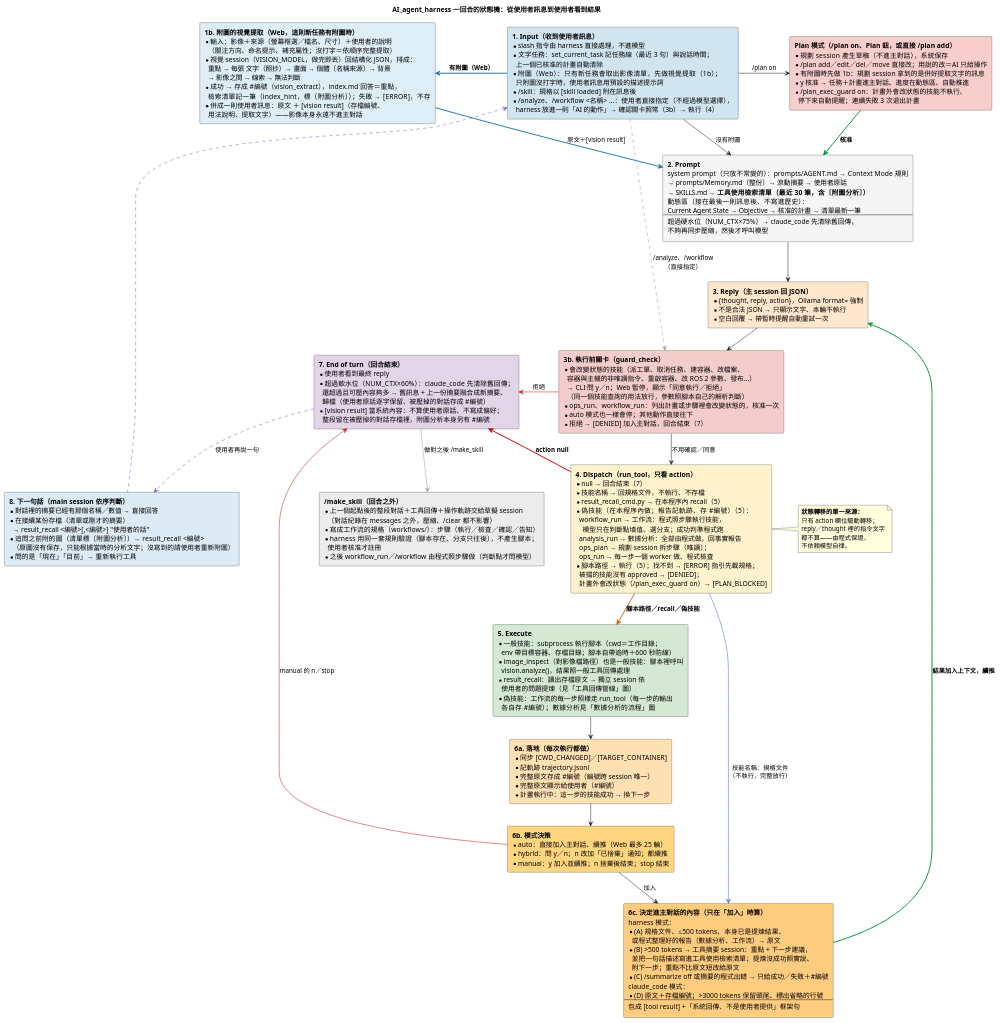
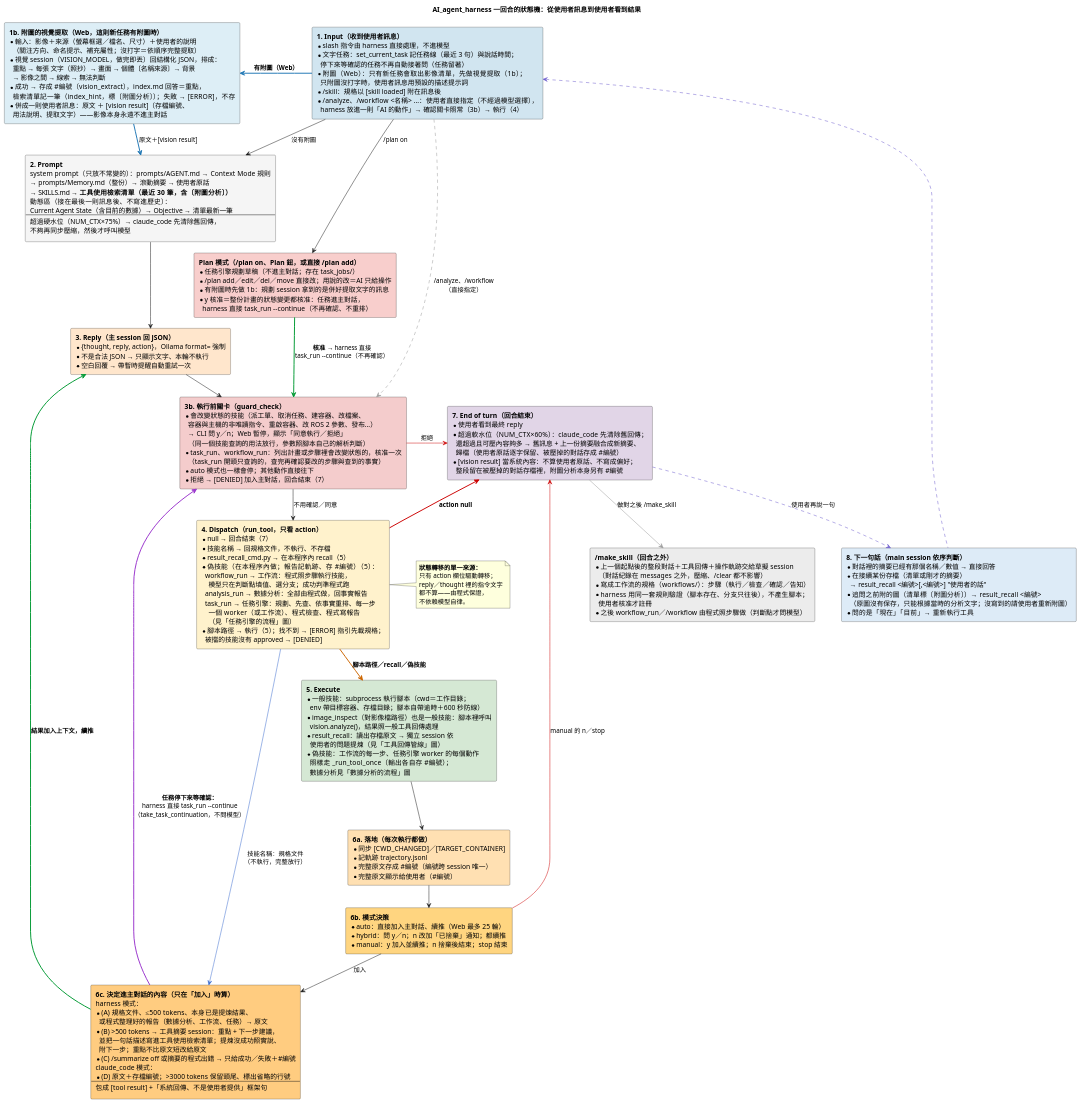
One commit to DavidZox/Coding_agnet changed the diagram in doc/diagrams/AI_agent_harness的狀態轉移.puml. Above: the diagram before and after it, drawn with PlantUML. The commit also changed 15 other files, not shown here.

```diff
--- a/doc/diagrams/AI_agent_harness的狀態轉移.puml
+++ b/doc/diagrams/AI_agent_harness的狀態轉移.puml
@@ -1,196 +1,197 @@
 @startuml
 ' --- 樣式精準控制 ---
 skinparam RectangleWidthMax 360
 skinparam ranksep 45
 skinparam nodesep 55
 skinparam shadowing false
 skinparam defaultFontName "Microsoft JhengHei"
 
 title AI_agent_harness 一回合的狀態機：從使用者訊息到使用者看到結果
 
 rectangle State1 #D1E5F0 [
   **1. Input（收到使用者訊息）**
   * slash 指令由 harness 直接處理，不進模型
   * 文字任務：set_current_task 記任務線（最近 3 句）與說話時間；
-    上一個已核准的計畫自動清除
+    停下來等確認的任務不再自動接著問（任務留著）
   * 附圖（Web）：只有新任務會取出影像清單，先做視覺提取（1b）；
     只附圖沒打字時，使用者訊息用預設的描述提示詞
   * /skill：規格以 [skill loaded] 附在訊息後
   * /analyze、/workflow <名稱> …：使用者直接指定（不經過模型選擇），
     harness 放進一則「AI 的動作」→ 確認關卡照常（3b）→ 執行（4）
 ]
 
 rectangle StateVision #DDEEF6 [
   **1b. 附圖的視覺提取（Web，這則新任務有附圖時）**
   * 輸入：影像＋來源（螢幕框選／檔名、尺寸）＋使用者的說明
     （關注方向、命名提示、補充屬性；沒打字＝依順序完整提取）
   * 視覺 session（VISION_MODEL，做完即丟）回結構化 JSON，排成：
     重點 → 每張 文字（照抄）→ 畫面 → 個體〔名稱來源〕→ 背景
     → 影像之間 → 線索 → 無法判斷
   * 成功 → 存成 #編號（vision_extract），index.md 回答＝重點，
     檢索清單記一筆（index_hint，標〔附圖分析〕）；失敗 → [ERROR]，不存
   * 併成一則使用者訊息：原文 ＋ [vision result]（存檔編號、
     用法說明、提取文字）——影像本身永遠不進主對話
 ]
 
 rectangle State2 #F5F5F5 [
   **2. Prompt**
   system prompt（只放不常變的）：prompts/AGENT.md → Context Mode 規則
   → prompts/Memory.md（整份）→ 滾動摘要 → 使用者原話
   → SKILLS.md → **工具使用檢索清單（最近 30 筆，含〔附圖分析〕）**
   動態區（接在最後一則訊息後、不寫進歷史）：
-  Current Agent State → Objective → 核准的計畫 → 清單最新一筆
+  Current Agent State（含目前的數據）→ Objective → 清單最新一筆
   ----
   超過硬水位（NUM_CTX×75%）→ claude_code 先清除舊回傳，
   不夠再同步壓縮，然後才呼叫模型
 ]
 
 rectangle State3 #FFE6CC [
   **3. Reply（主 session 回 JSON）**
   * {thought, reply, action}，Ollama format= 強制
   * 不是合法 JSON → 只顯示文字、本輪不執行
   * 空白回覆 → 帶暫時提醒自動重試一次
 ]
 
 rectangle StateGuard #F4CCCC [
   **3b. 執行前關卡（guard_check）**
   * 會改變狀態的技能（派工單、取消任務、建容器、改檔案、
     容器與主機的非唯讀指令、重啟容器、改 ROS 2 參數、發布…）
     → CLI 問 y／n；Web 暫停，顯示「同意執行／拒絕」
     （同一個技能查詢的用法放行，參數照腳本自己的解析判斷）
-  * ops_run、workflow_run：列出計畫或步驟裡會改變狀態的，核准一次
+  * task_run、workflow_run：列出計畫或步驟裡會改變狀態的，核准一次
+    （task_run 開頭只查詢的，查完再確認要改的步驟與查到的事實）
   * auto 模式也一樣會停；其他動作直接往下
   * 拒絕 → [DENIED] 加入主對話，回合結束（7）
 ]
 
 rectangle State4 #FFF2CC [
   **4. Dispatch（run_tool，只看 action）**
   * null → 回合結束（7）
   * 技能名稱 → 回規格文件，不執行、不存檔
   * result_recall_cmd.py → 在本程序內 recall（5）
   * 偽技能（在本程序內做；報告記軌跡、存 #編號）（5）：
     workflow_run → 工作流：程式照步驟執行技能，
       模型只在判斷點填值、選分支；成功判準程式跑
     analysis_run → 數據分析：全部由程式做，回事實報告
-    ops_plan → 規劃 session 拆步驟（唯讀）；
-    ops_run → 每一步一個 worker 做、程式檢查
+    task_run → 任務引擎：規劃、先查、依事實重排、每一步
+      一個 worker（或工作流）、程式檢查、程式寫報告
+      （見「任務引擎的流程」圖）
   * 腳本路徑 → 執行（5）；找不到 → [ERROR] 指引先載規格；
-    被擋的技能沒有 approved → [DENIED]；
-    計畫外會改狀態（/plan_exec_guard on）→ [PLAN_BLOCKED]
+    被擋的技能沒有 approved → [DENIED]
 ]
 
 rectangle State5 #D5E8D4 [
   **5. Execute**
   * 一般技能：subprocess 執行腳本（cwd＝工作目錄；
     env 帶目標容器、存檔目錄；腳本自帶逾時＋600 秒防線）
   * image_inspect（對影像檔路徑）也是一般技能：腳本裡呼叫
     vision.analyze()，結果照一般工具回傳處理
   * result_recall：讀出存檔原文 → 獨立 session 依
     使用者的問題提煉（見「工具回傳管線」圖）
-  * 偽技能：工作流的每一步照樣走 run_tool（每一步的輸出
-    各自存 #編號）；數據分析見「數據分析的流程」圖
+  * 偽技能：工作流的每一步、任務引擎 worker 的每個動作
+    照樣走 _run_tool_once（輸出各自存 #編號）；
+    數據分析見「數據分析的流程」圖
 ]
 
 rectangle State6a #FFE0B2 [
   **6a. 落地（每次執行都做）**
   * 同步 [CWD_CHANGED]／[TARGET_CONTAINER]
   * 記軌跡 trajectory.jsonl
   * 完整原文存成 #編號（編號跨 session 唯一）
   * 完整原文顯示給使用者（#編號）
-  * 計畫執行中：這一步的技能成功 → 換下一步
 ]
 
 rectangle State6b #FFD580 [
   **6b. 模式決策**
   * auto：直接加入主對話、續推（Web 最多 25 輪）
   * hybrid：問 y／n；n 改加「已捨棄」通知；都續推
   * manual：y 加入並續推；n 捨棄後結束；stop 結束
 ]
 
 rectangle State6c #FFCC80 [
   **6c. 決定進主對話的內容（只在「加入」時算）**
   harness 模式：
   * (A) 規格文件、≤500 tokens、本身已是提煉結果、
-    或程式整理好的報告（數據分析、工作流）→ 原文
+    或程式整理好的報告（數據分析、工作流、任務）→ 原文
   * (B) >500 tokens → 工具摘要 session：重點 + 下一步建議，
     並把一句話描述寫進工具使用檢索清單；提煉沒成功照實說、
     附下一步；重點不比原文短改給原文
   * (C) /summarize off 或摘要的程式出錯 → 只給成功／失敗＋#編號
   claude_code 模式：
   * (D) 原文＋存檔編號；>3000 tokens 保留頭尾、標出省略的行號
   ----
   包成 [tool result] +「系統回傳、不是使用者提供」框架句
 ]
 
 rectangle State7 #E1D5E7 [
   **7. End of turn（回合結束）**
   * 使用者看到最終 reply
   * 超過軟水位（NUM_CTX×60%）：claude_code 先清除舊回傳；
     還超過且可壓內容夠多 → 舊訊息 + 上一份摘要融合成新摘要、
     歸檔（使用者原話逐字保留、被壓掉的對話存成 #編號）
   * [vision result] 當系統內容：不算使用者原話、不寫成偏好；
     整段留在被壓掉的對話存檔裡，附圖分析本身另有 #編號
 ]
 
 rectangle State8 #DDEBF7 [
   **8. 下一句話（main session 依序判斷）**
   * 對話裡的摘要已經有那個名稱／數值 → 直接回答
   * 在接續某份存檔（清單或剛才的摘要）
     → result_recall <編號>[,<編號>] "使用者的話"
   * 追問之前附的圖（清單標〔附圖分析〕）→ result_recall <編號>
     （原圖沒有保存，只能根據當時的分析文字；沒寫到的請使用者重新附圖）
   * 問的是「現在」「目前」→ 重新執行工具
 ]
 
 rectangle StatePlan #F8CECC [
   **Plan 模式（/plan on、Plan 鈕，或直接 /plan add）**
-  * 規劃 session 產生草稿（不進主對話），系統保存
+  * 任務引擎規劃草稿（不進主對話；存在 task_jobs/）
   * /plan add／edit／del／move 直接改；用說的改＝AI 只給操作
   * 有附圖時先做 1b：規劃 session 拿到的是併好提取文字的訊息
-  * y 核准 → 任務＋計畫進主對話、進度在動態區、自動推進
-  * /plan_exec_guard on：計畫外會改狀態的技能不執行、
-    停下來自動提醒；連續失敗 3 次退出計畫
+  * y 核准＝整份計畫的狀態變更都核准：任務進主對話，
+    harness 直接 task_run --continue（不再確認、不重排）
 ]
 
 rectangle StateSkill #ECECEC [
   **/make_skill（回合之外）**
   * 上一個起點後的整段對話＋工具回傳＋操作軌跡交給草擬 session
     （對話紀錄在 messages 之外，壓縮、/clear 都不影響）
   * 寫成工作流的規格（workflows/）：步驟（執行／檢查／確認／告知）
   * harness 用同一套規則驗證（腳本存在、分支只往後），不產生腳本；
     使用者核准才註冊
   * 之後 workflow_run／/workflow 由程式照步驟做（判斷點才問模型）
 ]
 
 ' --- 邏輯流向 ---
 State1 -down-> State2 : 沒有附圖
 State1 -[#1F77B4,bold]left-> StateVision : **有附圖（Web）**
 StateVision -[#1F77B4,bold]down-> State2 : 原文＋[vision result]
 State2 -down-> State3
 State3 -down-> StateGuard
 StateGuard -down-> State4 : 不用確認／同意
 StateGuard -[#CC0000]left-> State7 : 拒絕
 State4 -[#CC6600,bold]down-> State5 : **腳本路徑／recall／偽技能**
 State4 -[#3366CC]right-> State6c : 技能名稱：規格文件\n（不執行，完整放行）
 State5 -down-> State6a
 State6a -down-> State6b
 State6b -down-> State6c : 加入
 State6c -[#009933,bold]up-> State3 : **結果加入上下文，續推**
+State6c -[#9933CC,bold]up-> StateGuard : **任務停下來等確認：**\nharness 直接 task_run --continue\n（take_task_continuation，不問模型）
 State4 -[#CC0000,bold]left-> State7 : **action null**
 State6b -[#CC0000]left-> State7 : manual 的 n／stop
 State7 -[#6A5ACD,dashed]down-> State8 : 使用者再說一句
 State8 -[#6A5ACD,dashed]up-> State1
-State1 -right-> StatePlan : /plan on
+State1 -down-> StatePlan : /plan on
 State1 -[#999999,dashed]right-> StateGuard : /analyze、/workflow\n（直接指定）
-StatePlan -[#009933,bold]down-> State2 : **核准**
+StatePlan -[#009933,bold]-> StateGuard : **核准** → harness 直接\ntask_run --continue（不再確認）
 State7 -[#999999]down-> StateSkill : 做對之後 /make_skill
 
 note right of State4
   **狀態轉移的單一來源：**
   只有 action 欄位驅動轉移；
   reply／thought 裡的指令文字
   都不算——由程式保證，
   不依賴模型自律。
 end note
 
 @enduml
```
